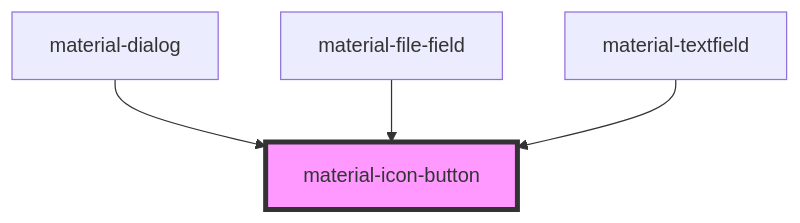
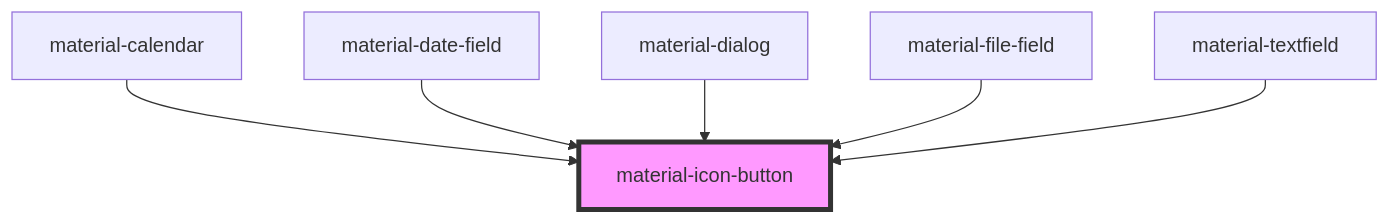
The diagram in src/components/material-icon-button/readme.md (RobustaRush/material), drawn with Mermaid before and after one commit. The commit also changed other lines of this file and 14 other files, not shown here.

First line of the commit message:
feat: material-calendar + material-date-field

````diff
--- a/src/components/material-icon-button/readme.md
+++ b/src/components/material-icon-button/readme.md
@@ -45,7 +47,9 @@
 ```mermaid
 graph TD;
+  material-calendar --> material-icon-button
+  material-date-field --> material-icon-button
   material-dialog --> material-icon-button
   material-file-field --> material-icon-button
   material-textfield --> material-icon-button
   style material-icon-button fill:#f9f,stroke:#333,stroke-width:4px
 ```
````
